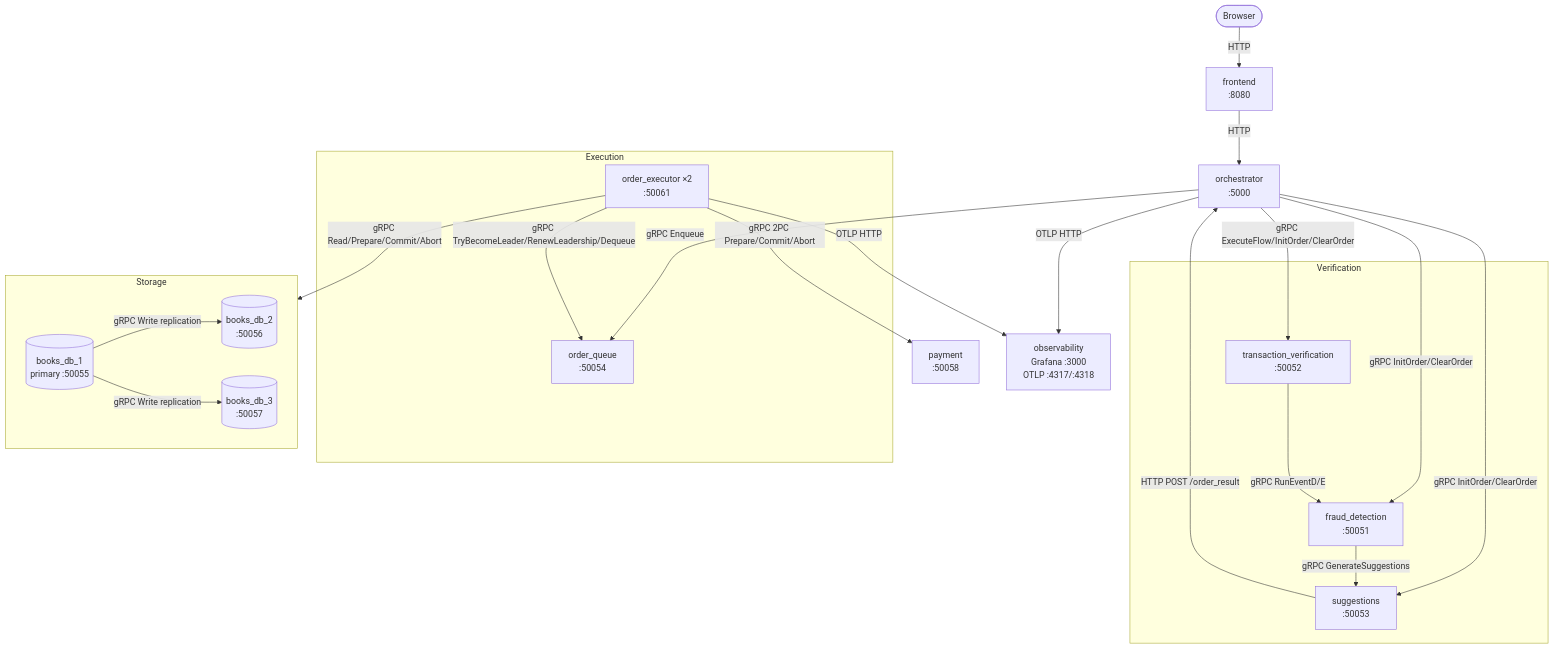
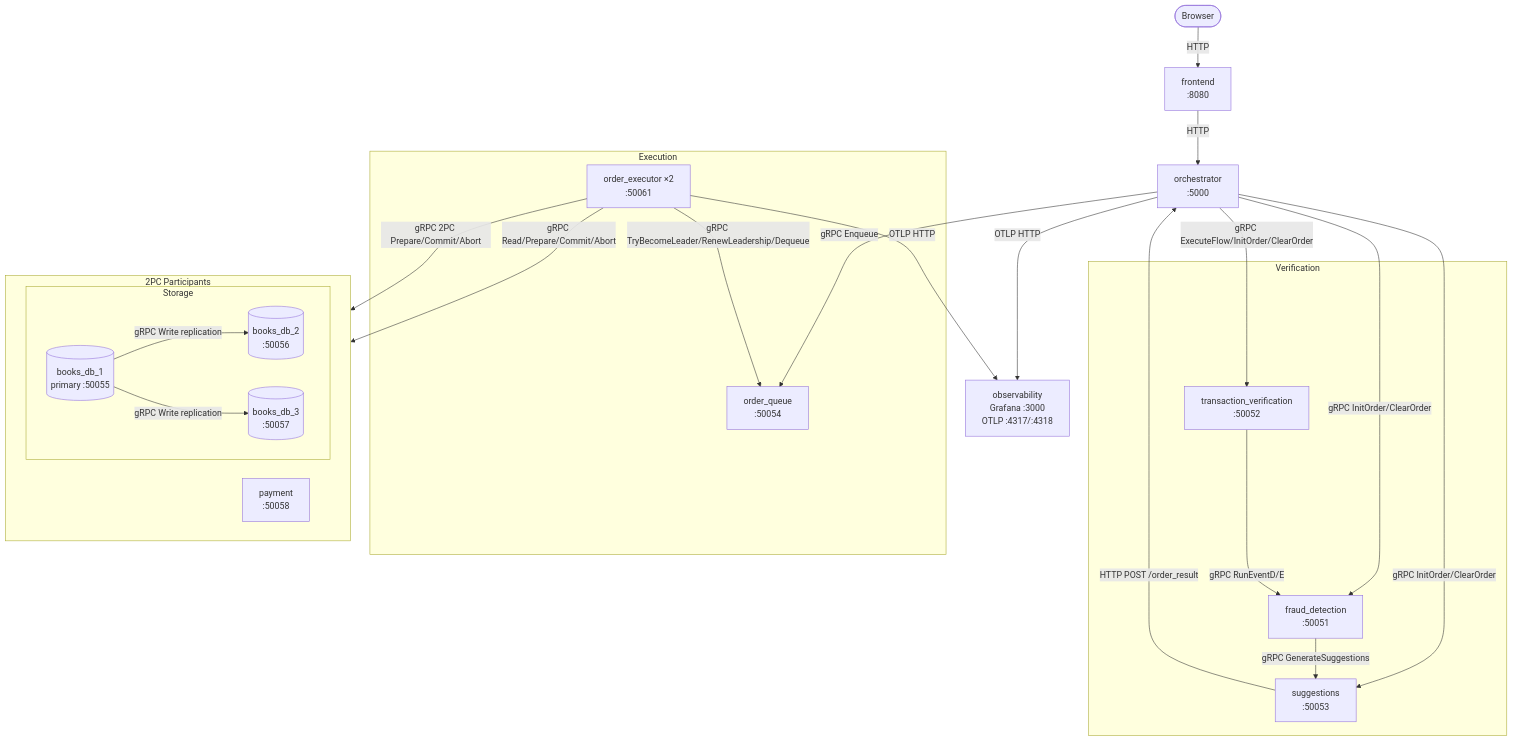
One commit to M1ngiii/ds-practice-2025 changed the diagram in docs/CHECKPOINT_4.md. Above: the diagram before and after it, drawn with Mermaid.

Commit message:
Diagram fix 6

````diff
--- a/docs/CHECKPOINT_4.md
+++ b/docs/CHECKPOINT_4.md
@@ -26,42 +26,43 @@
 ```mermaid
 flowchart TB
     Browser(["Browser"])
     FE["frontend\n:8080"]
     Orch["orchestrator\n:5000"]
 
     subgraph verif["Verification"]
         TV["transaction_verification\n:50052"]
         FD["fraud_detection\n:50051"]
         SG["suggestions\n:50053"]
     end
 
     subgraph exec["Execution"]
         OQ["order_queue\n:50054"]
         E["order_executor ×2\n:50061"]
     end
 
-    subgraph storage["Storage"]
+    subgraph twopc["2PC Participants"]
         direction LR
-        DB1[("books_db_1\nprimary :50055")]
-        DB2[("books_db_2\n:50056")]
-        DB3[("books_db_3\n:50057")]
+        subgraph storage["Storage"]
+            DB1[("books_db_1\nprimary :50055")]
+            DB2[("books_db_2\n:50056")]
+            DB3[("books_db_3\n:50057")]
+        end
+        Pay["payment\n:50058"]
     end
-
-    Pay["payment\n:50058"]
 
     Obs["observability\nGrafana :3000\nOTLP :4317/:4318"]
 
     Browser -->|HTTP| FE
     FE -->|HTTP| Orch
     Orch -->|gRPC InitOrder/ClearOrder| FD & SG
     Orch -->|gRPC ExecuteFlow/InitOrder/ClearOrder| TV
     TV -->|gRPC RunEventD/E| FD
     FD -->|gRPC GenerateSuggestions| SG
     SG -->|HTTP POST /order_result| Orch
     Orch -->|gRPC Enqueue| OQ
     E -->|gRPC TryBecomeLeader/RenewLeadership/Dequeue| OQ
     E -->|gRPC Read/Prepare/Commit/Abort| DB1
     E -->|gRPC 2PC Prepare/Commit/Abort| Pay
     DB1 -->|gRPC Write replication| DB2 & DB3
     Orch & E -->|OTLP HTTP| Obs
 ```
````
